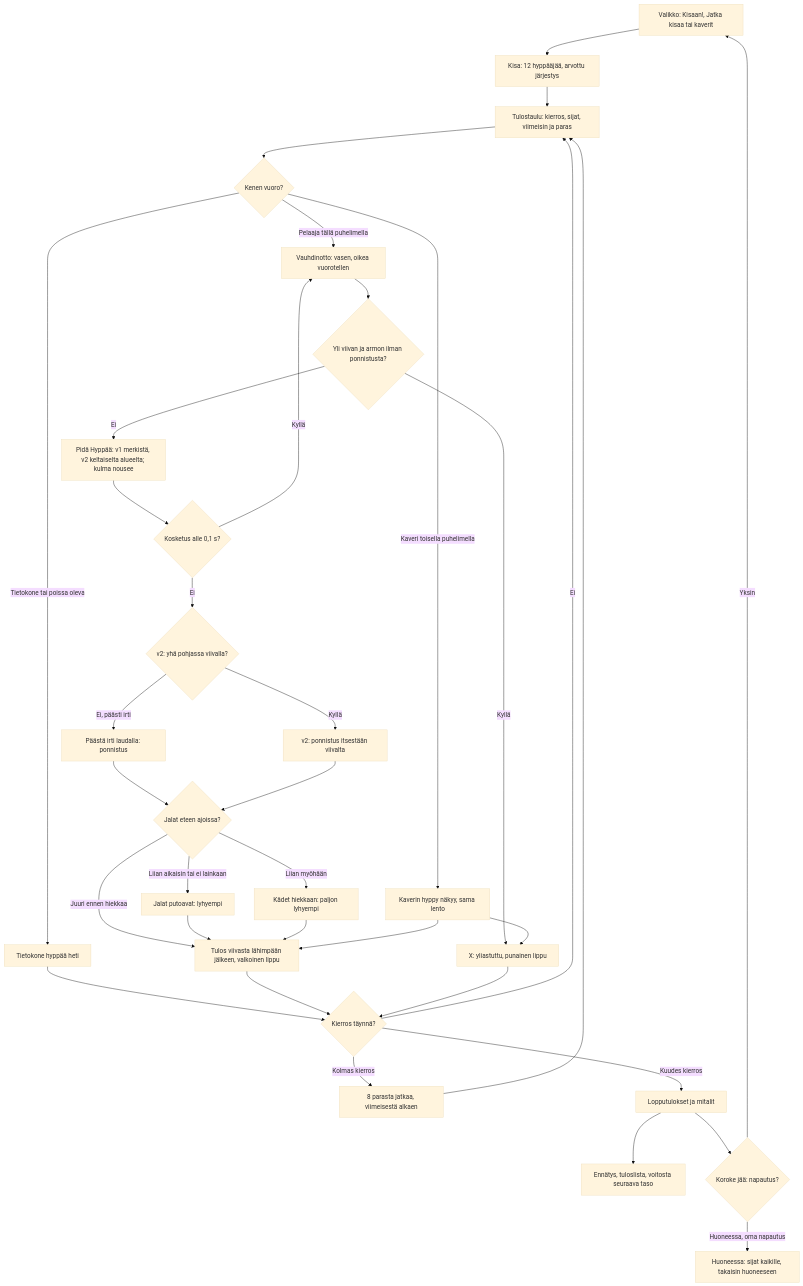
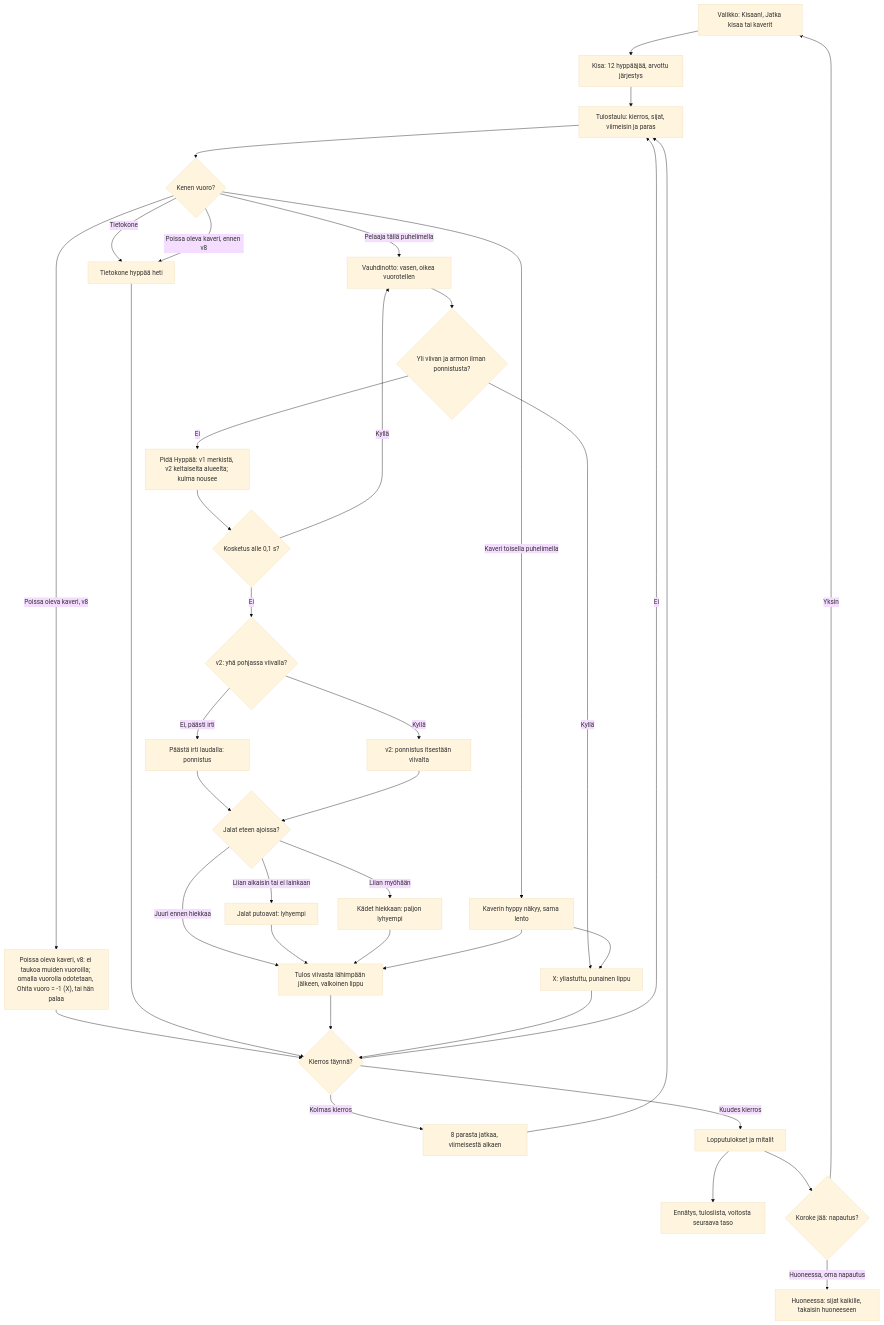
The diagram in docs/diagrams/pituushyppy.md (eerovil/ai-pelit), drawn with Mermaid (base theme) before and after one commit. The commit also changed other lines of this file and 6 other files, not shown here.

Commit message:
Event diagrams: an away friend waits for their turn, skipped as a miss, no computer (#297)

````diff
--- a/docs/diagrams/pituushyppy.md
+++ b/docs/diagrams/pituushyppy.md
@@ -13,43 +13,46 @@
 ```mermaid
 flowchart TD
   M[Valikko: Kisaan!, Jatka kisaa tai kaverit] --> K[Kisa: 12 hyppääjää, arvottu järjestys]
   K --> T[Tulostaulu: kierros, sijat, viimeisin ja paras]
   T --> Q{Kenen vuoro?}
-  Q -- Tietokone tai poissa oleva --> CPU[Tietokone hyppää heti]
+  Q -- Tietokone --> CPU[Tietokone hyppää heti]
+  Q -- Poissa oleva kaveri, ennen v8 --> CPU
+  Q -- Poissa oleva kaveri, v8 --> AWAY["Poissa oleva kaveri, v8: ei taukoa muiden vuoroilla; omalla vuorolla odotetaan, Ohita vuoro = -1 (X), tai hän palaa"]
+  AWAY --> NX
   CPU --> NX
   Q -- Pelaaja tällä puhelimella --> R[Vauhdinotto: vasen, oikea vuorotellen]
   Q -- Kaveri toisella puhelimella --> WT[Kaverin hyppy näkyy, sama lento]
   R --> LN{Yli viivan ja armon ilman ponnistusta?}
   LN -- Kyllä --> X[X: yliastuttu, punainen lippu]
   LN -- Ei --> A[Pidä Hyppää: v1 merkistä, v2 keltaiselta alueelta; kulma nousee]
   A --> RL{Kosketus alle 0,1 s?}
   RL -- Kyllä --> R
   RL -- Ei --> AU{v2: yhä pohjassa viivalla?}
   AU -- Ei, päästi irti --> F[Päästä irti laudalla: ponnistus]
   AU -- Kyllä --> AUTO[v2: ponnistus itsestään viivalta]
   F --> L{Jalat eteen ajoissa?}
   AUTO --> L
   L -- Liian aikaisin tai ei lainkaan --> DR[Jalat putoavat: lyhyempi]
   L -- Juuri ennen hiekkaa --> D
   L -- Liian myöhään --> HB[Kädet hiekkaan: paljon lyhyempi]
   DR --> D[Tulos viivasta lähimpään jälkeen, valkoinen lippu]
   HB --> D
   WT --> D
   WT --> X
   D --> NX{Kierros täynnä?}
   X --> NX
   NX -- Ei --> T
   NX -- Kolmas kierros --> CUT[8 parasta jatkaa, viimeisestä alkaen]
   NX -- Kuudes kierros --> END[Lopputulokset ja mitalit]
   CUT --> T
   END --> S[Ennätys, tuloslista, voitosta seuraava taso]
   END --> TAP{Koroke jää: napautus?}
   TAP -- Yksin --> M
   TAP -- Huoneessa, oma napautus --> RM[Huoneessa: sijat kaikille, takaisin huoneeseen]
   class M,R,A,F,T blue
-  class CPU,WT violet
+  class CPU,WT,AWAY violet
   class Q,LN,RL,AU,L,NX,TAP amber
   class K,D,DR,HB,CUT,AUTO teal
   class X rose
   class END,S,RM green
 ```
````
